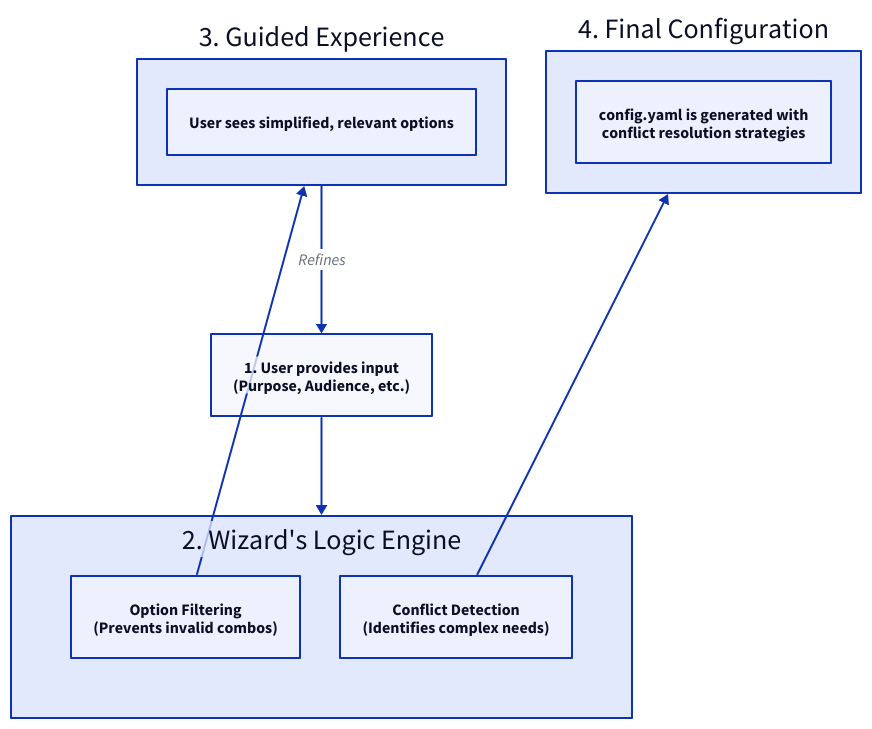
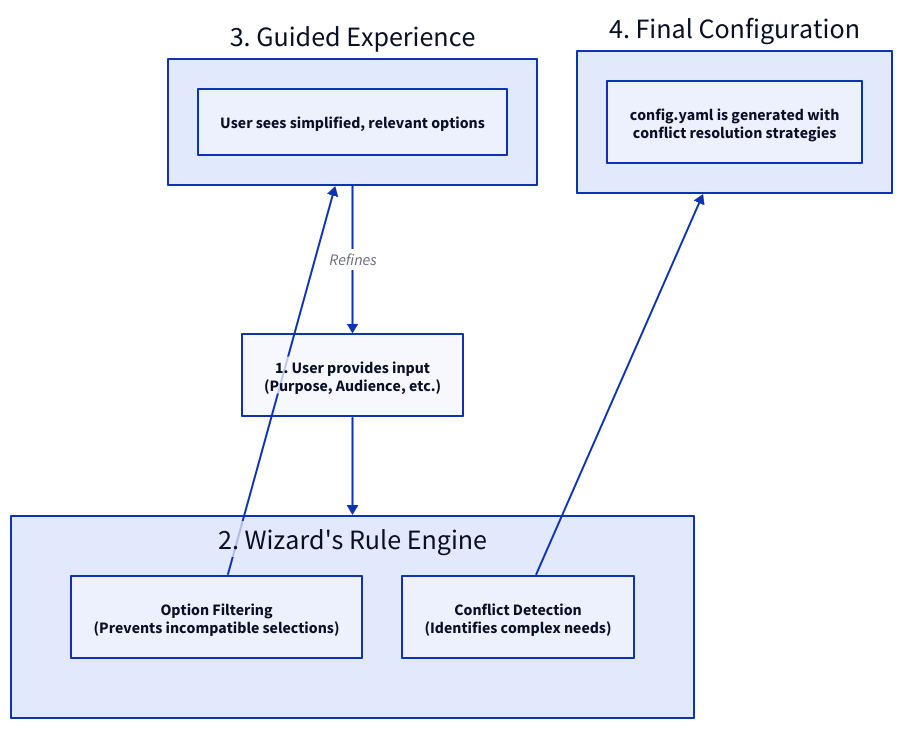
One commit to AIGNE-io/aigne-doc-smith changed the diagram in docs/configuration-interactive-setup.md. Above: the diagram before and after it, drawn with D2. The commit also changed other lines of this file and 27 other files, not shown here.

````diff
--- a/docs/configuration-interactive-setup.md
+++ b/docs/configuration-interactive-setup.md
@@ -32,38 +32,38 @@
 ```d2
 direction: down
 
 User-Selections: {
   label: "1. User provides input\n(Purpose, Audience, etc.)"
   shape: rectangle
 }
 
 Wizard-Engine: {
-  label: "2. Wizard's Logic Engine"
+  label: "2. Wizard's Rule Engine"
   shape: rectangle
   grid-columns: 2
 
   Filtering: {
-    label: "Option Filtering\n(Prevents invalid combos)"
+    label: "Option Filtering\n(Prevents incompatible selections)"
   }
 
   Conflict-Detection: {
     label: "Conflict Detection\n(Identifies complex needs)"
   }
 }
 
 Guided-Experience: {
   label: "3. Guided Experience"
   shape: rectangle
   content: "User sees simplified, relevant options"
 }
 
 Final-Config: {
   label: "4. Final Configuration"
   content: "config.yaml is generated with\nconflict resolution strategies"
 }
 
 User-Selections -> Wizard-Engine
 Wizard-Engine.Filtering -> Guided-Experience
 Wizard-Engine.Conflict-Detection -> Final-Config
 Guided-Experience -> User-Selections: "Refines"
 ```
````
